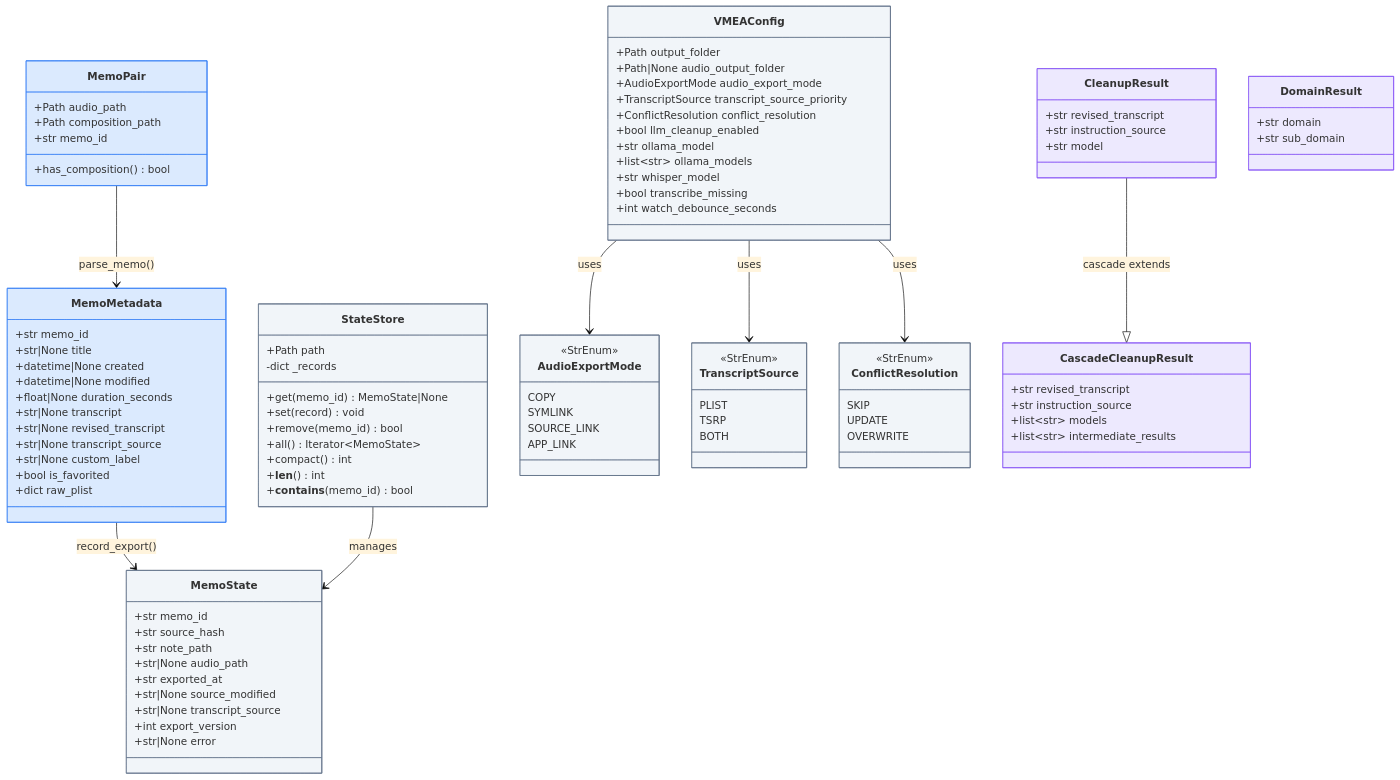
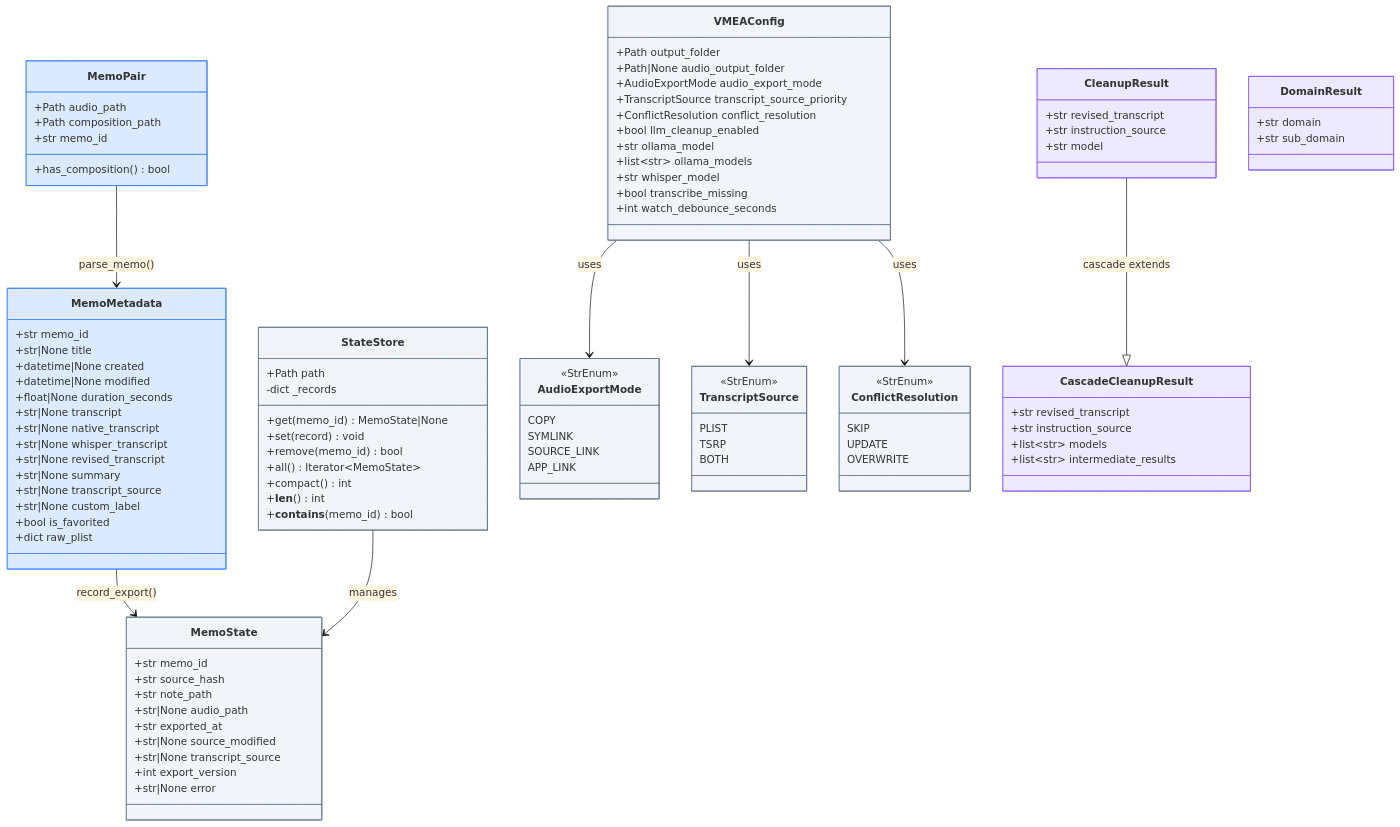
Before and after one commit to klappe-pm/vmea: the diagram in docs/diagrams/core-data-model-class-diagram.md, drawn with Mermaid. The commit also changed 15 other files, not shown here.

```diff
--- a/docs/diagrams/core-data-model-class-diagram.md
+++ b/docs/diagrams/core-data-model-class-diagram.md
@@ -19,7 +19,10 @@
         +datetime|None modified
         +float|None duration_seconds
         +str|None transcript
+        +str|None native_transcript
+        +str|None whisper_transcript
         +str|None revised_transcript
+        +str|None summary
         +str|None transcript_source
         +str|None custom_label
         +bool is_favorited
```
